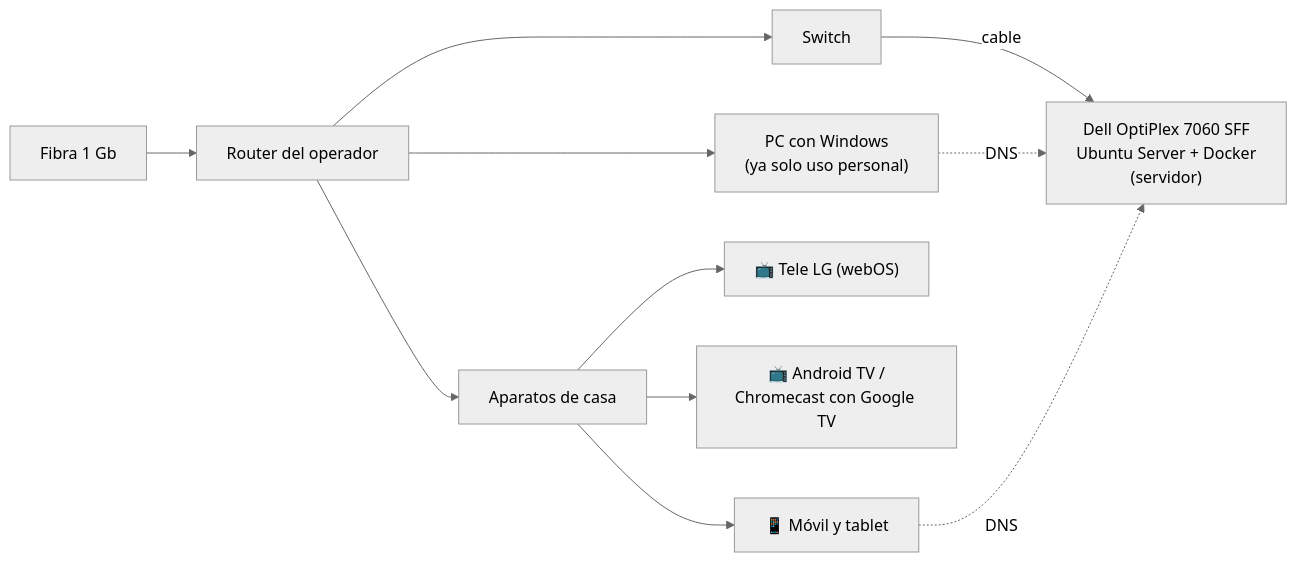
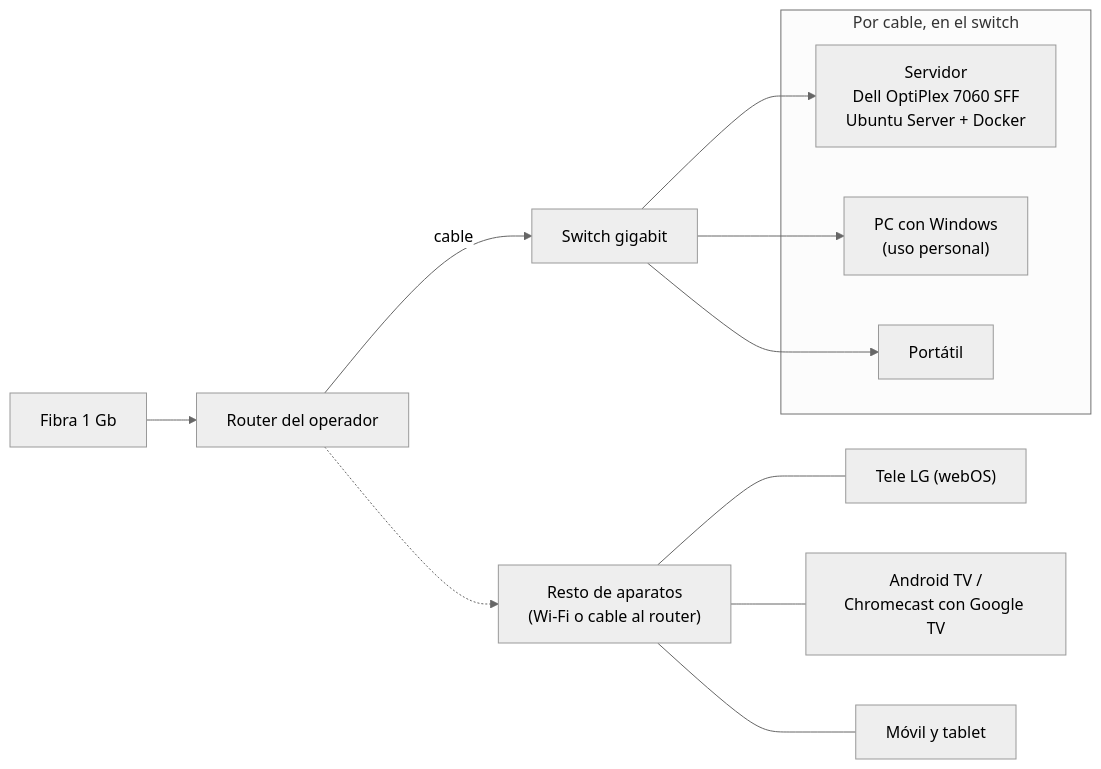
Before and after one commit to m0uwastaken/homelab: the first of 4 diagrams in README.md, drawn with Mermaid (neutral theme). The commit also changed other lines of this file and 8 other files, not shown here.

First line of the commit message:
Actualiza el diagrama de red con el switch y quita los emojis de los diagramas

````diff
--- a/README.md
+++ b/README.md
@@ -93,13 +93,17 @@
 ```mermaid
 flowchart LR
     ISP["Fibra 1 Gb"] --> LB["Router del operador"]
-    LB --> SW["Switch"]
-    SW -->|"cable"| OPT["Dell OptiPlex 7060 SFF<br/>Ubuntu Server + Docker<br/>(servidor)"]
-    LB --> PC["PC con Windows<br/>(ya solo uso personal)"]
-    LB --> CLI["Aparatos de casa"]
-    CLI --> TV1["📺 Tele LG (webOS)"]
-    CLI --> TV2["📺 Android TV /<br/>Chromecast con Google TV"]
-    CLI --> MOV["📱 Móvil y tablet"]
-    PC -.->|"DNS"| OPT
-    MOV -.->|"DNS"| OPT
+    LB -->|"cable"| SW["Switch gigabit"]
+    subgraph CABLE["Por cable, en el switch"]
+        OPT["Servidor<br/>Dell OptiPlex 7060 SFF<br/>Ubuntu Server + Docker"]
+        PC["PC con Windows<br/>(uso personal)"]
+        LAP["Portátil"]
+    end
+    SW --> OPT
+    SW --> PC
+    SW --> LAP
+    LB -.-> CLI["Resto de aparatos<br/>(Wi-Fi o cable al router)"]
+    CLI --- TV1["Tele LG (webOS)"]
+    CLI --- TV2["Android TV /<br/>Chromecast con Google TV"]
+    CLI --- MOV["Móvil y tablet"]
 ```
````
